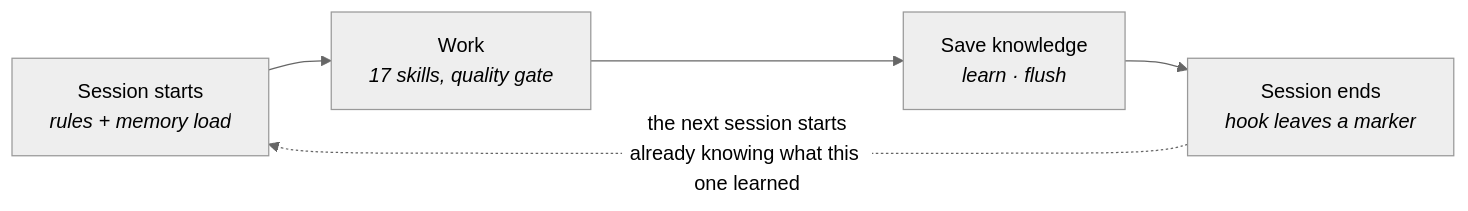
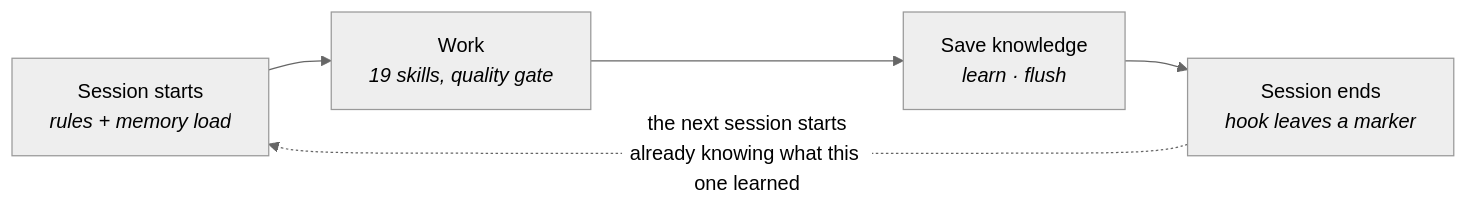
Before and after one commit to selawood-web/claude-code-generic-guide: the first of 4 diagrams in SYSTEM-OVERVIEW.md, drawn with Mermaid (neutral theme). The commit also changed other lines of this file and 12 other files, not shown here.

````diff
--- a/SYSTEM-OVERVIEW.md
+++ b/SYSTEM-OVERVIEW.md
@@ -36,7 +36,7 @@
 ```mermaid
 flowchart LR
-    A["Session starts<br/><i>rules + memory load</i>"] --> B["Work<br/><i>17 skills, quality gate</i>"]
+    A["Session starts<br/><i>rules + memory load</i>"] --> B["Work<br/><i>19 skills, quality gate</i>"]
     B --> C["Save knowledge<br/><i>learn · flush</i>"]
     C --> D["Session ends<br/><i>hook leaves a marker</i>"]
     D -. "the next session starts<br/>already knowing what this one learned" .-> A
 ```
````
